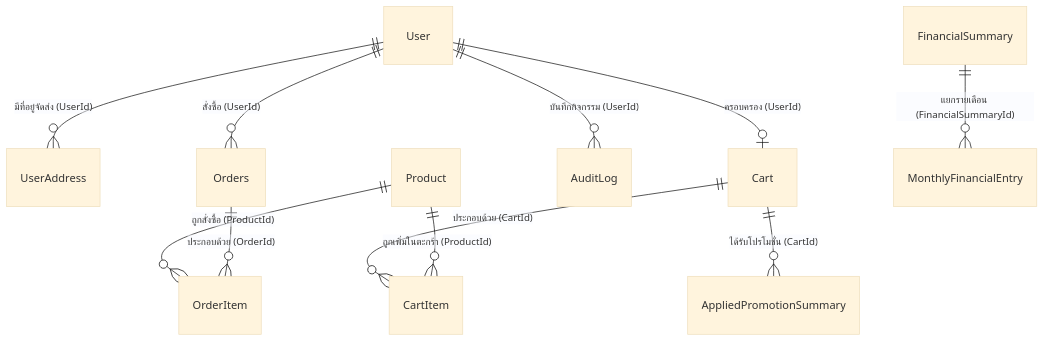
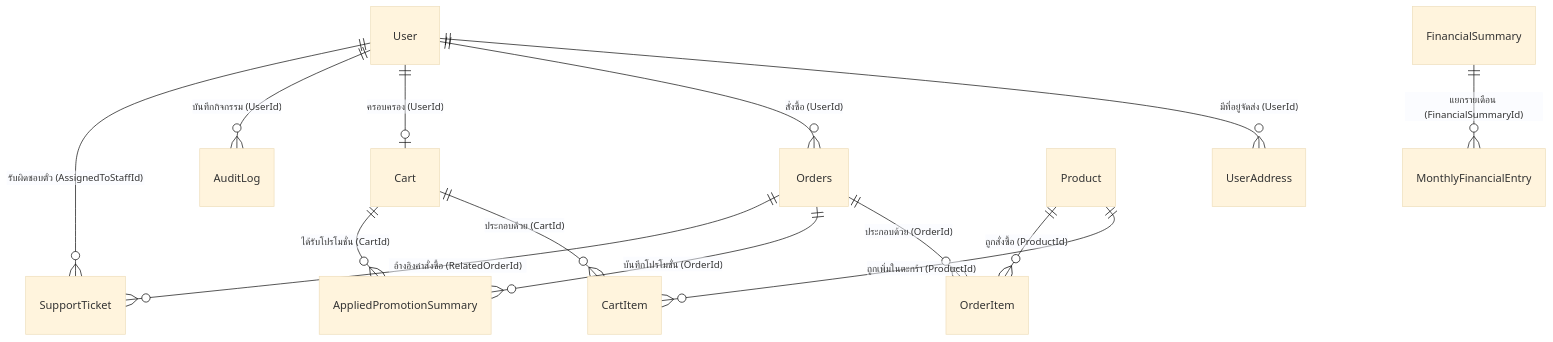
One commit to doraemon-kub/CSI402_Project-final changed the diagram in DATA_DICTIONARY.md. Above: the diagram before and after it, drawn with Mermaid (base theme). The commit also changed other lines of this file, not shown here.

````diff
--- a/DATA_DICTIONARY.md
+++ b/DATA_DICTIONARY.md
@@ -325,17 +297,20 @@
 ```mermaid
 erDiagram
     User ||--o{ UserAddress : "มีที่อยู่จัดส่ง (UserId)"
     User ||--o{ Orders : "สั่งซื้อ (UserId)"
     User ||--o| Cart : "ครอบครอง (UserId)"
     User ||--o{ AuditLog : "บันทึกกิจกรรม (UserId)"
+    User ||--o{ SupportTicket : "รับผิดชอบตั๋ว (AssignedToStaffId)"
 
     Cart ||--o{ CartItem : "ประกอบด้วย (CartId)"
     Cart ||--o{ AppliedPromotionSummary : "ได้รับโปรโมชั่น (CartId)"
 
     Product ||--o{ CartItem : "ถูกเพิ่มในตะกร้า (ProductId)"
     Product ||--o{ OrderItem : "ถูกสั่งซื้อ (ProductId)"
 
     Orders ||--o{ OrderItem : "ประกอบด้วย (OrderId)"
+    Orders ||--o{ AppliedPromotionSummary : "บันทึกโปรโมชั่น (OrderId)"
+    Orders ||--o{ SupportTicket : "อ้างอิงคำสั่งซื้อ (RelatedOrderId)"
 
     FinancialSummary ||--o{ MonthlyFinancialEntry : "แยกรายเดือน (FinancialSummaryId)"
 ```
````
